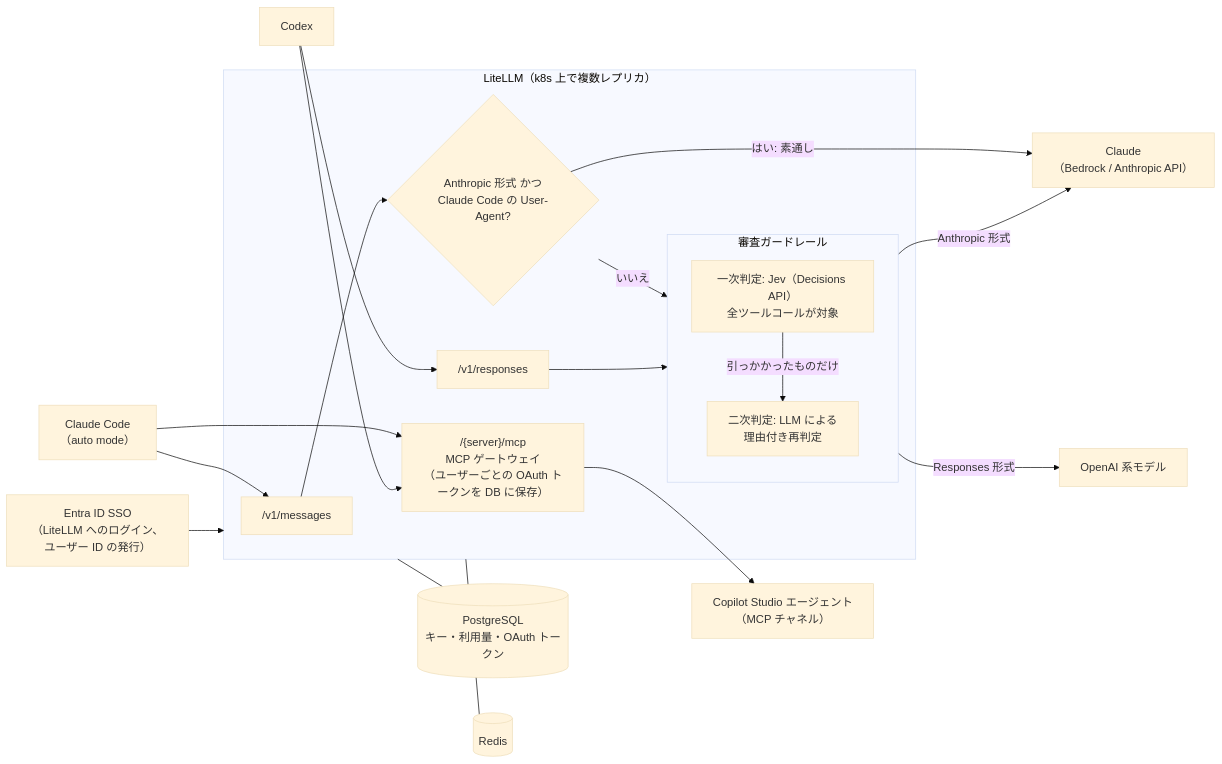
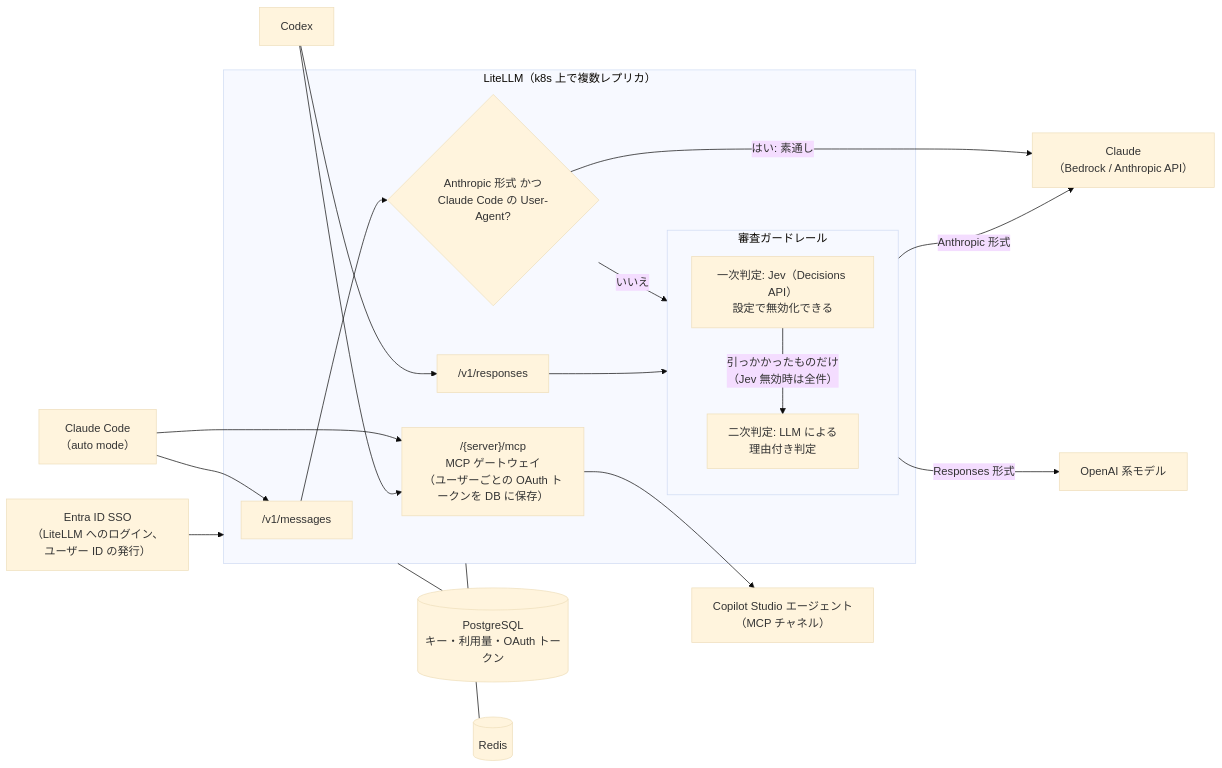
One commit to notfolder/litellm-agent-gateway-lab changed the diagram in docs/spec.md. Above: the diagram before and after it, drawn with Mermaid (base theme). The commit also changed other lines of this file, not shown here.

First line of the commit message:
Add Jev toggle and Gmail MCP setup to spec

````diff
--- a/docs/spec.md
+++ b/docs/spec.md
@@ -29,41 +31,41 @@
 ```mermaid
 flowchart LR
     CC["Claude Code<br/>（auto mode）"]
     CX["Codex"]
     SSO["Entra ID SSO<br/>（LiteLLM へのログイン、ユーザー ID の発行）"]
 
     subgraph LITELLM["LiteLLM（k8s 上で複数レプリカ）"]
         MSG["/v1/messages"]
         RESP["/v1/responses"]
         PASS{"Anthropic 形式 かつ<br/>Claude Code の User-Agent?"}
         subgraph GR["審査ガードレール"]
-            J1["一次判定: Jev（Decisions API）<br/>全ツールコールが対象"]
-            J2["二次判定: LLM による<br/>理由付き再判定"]
-            J1 -- 引っかかったものだけ --> J2
+            J1["一次判定: Jev（Decisions API）<br/>設定で無効化できる"]
+            J2["二次判定: LLM による<br/>理由付き判定"]
+            J1 -- 引っかかったものだけ<br/>（Jev 無効時は全件） --> J2
         end
         MCPGW["/{server}/mcp<br/>MCP ゲートウェイ<br/>（ユーザーごとの OAuth トークンを DB に保存）"]
     end
 
     CLAUDE["Claude<br/>（Bedrock / Anthropic API）"]
     OAI["OpenAI 系モデル"]
     COPILOT["Copilot Studio エージェント<br/>（MCP チャネル）"]
     DB[("PostgreSQL<br/>キー・利用量・OAuth トークン")]
     REDIS[("Redis")]
 
     CC --> MSG
     CX --> RESP
     CC --> MCPGW
     CX --> MCPGW
 
     MSG --> PASS
     PASS -- はい: 素通し --> CLAUDE
     PASS -- いいえ --> GR
     RESP --> GR
     GR -- Responses 形式 --> OAI
     GR -- Anthropic 形式 --> CLAUDE
     MCPGW --> COPILOT
 
     SSO --> LITELLM
     LITELLM --- DB
     LITELLM --- REDIS
 ```
````
